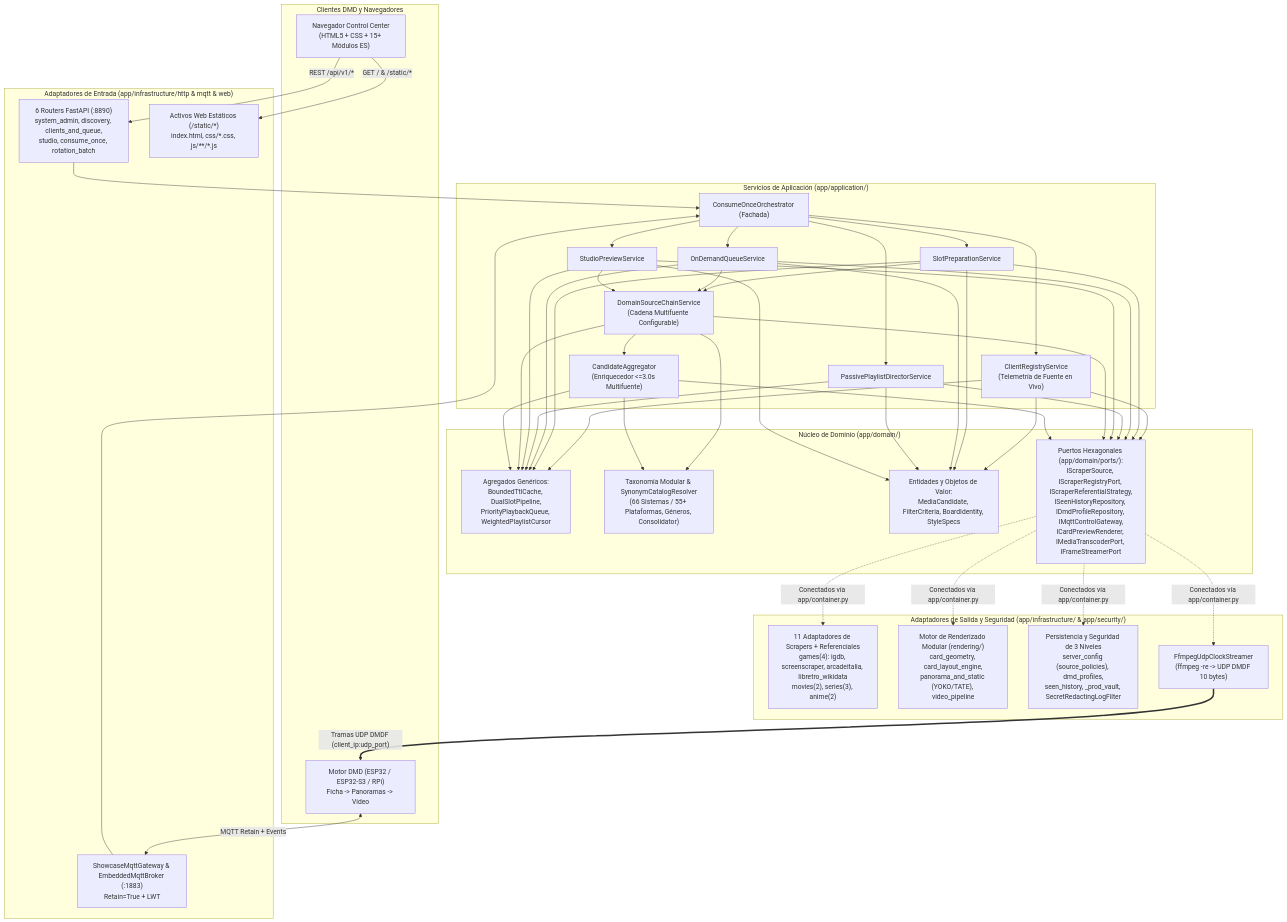
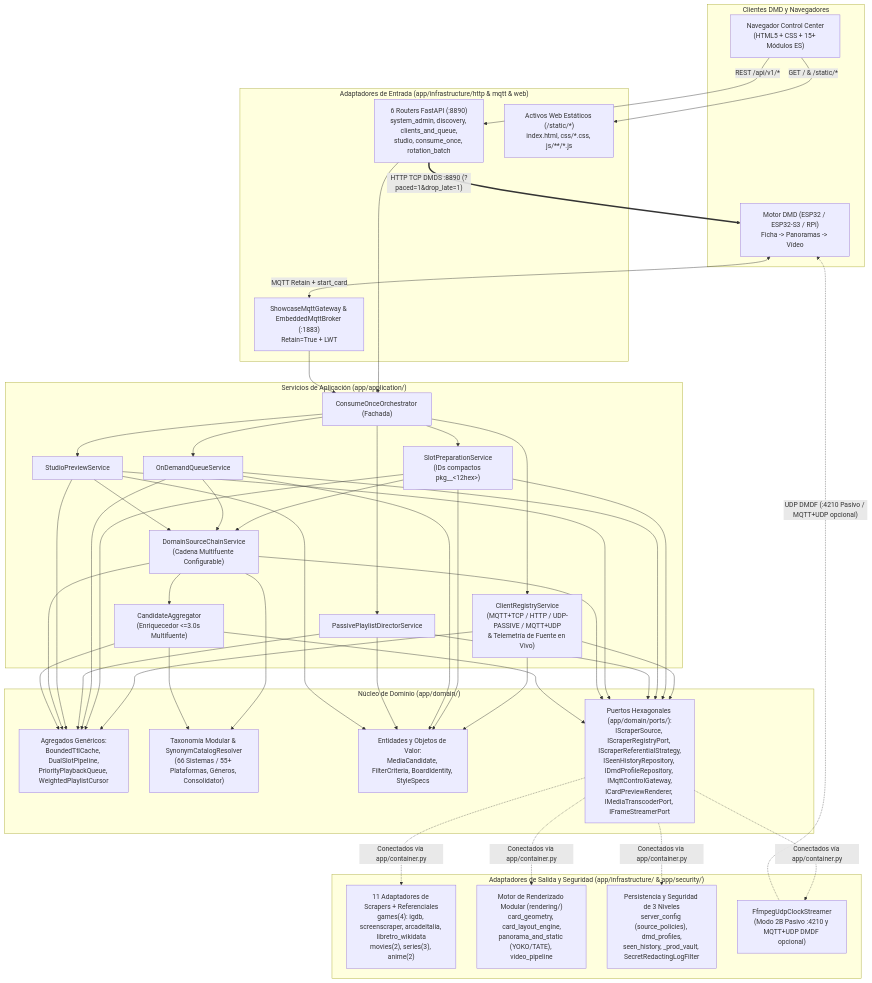
One commit to red77290/dmd_media_showcase changed the first of 2 diagrams in docs/ARCHITECTURE_ES.md. Above: the diagram before and after it, drawn with Mermaid. The commit also changed other lines of this file and 26 other files, not shown here.

First line of the commit message:
feat(stream): align default ESP32 transport on MQTT+TCP DMDS and compact item_id

````diff
--- a/docs/ARCHITECTURE_ES.md
+++ b/docs/ARCHITECTURE_ES.md
@@ -18,51 +18,52 @@
 ```mermaid
 flowchart TD
     subgraph DMD["Clientes DMD y Navegadores"]
         BROWSER["Navegador Control Center\n(HTML5 + CSS + 15+ Módulos ES)"]
         ENG["Motor DMD (ESP32 / ESP32-S3 / RPi)\nFicha -> Panoramas -> Vídeo"]
     end
 
     subgraph INFRA_IN["Adaptadores de Entrada (app/infrastructure/http & mqtt & web)"]
         ROUTERS["6 Routers FastAPI (:8890)\nsystem_admin, discovery, clients_and_queue,\nstudio, consume_once, rotation_batch"]
         STATIC["Activos Web Estáticos (/static/*)\nindex.html, css/*.css, js/**/*.js"]
         MQTT["ShowcaseMqttGateway & EmbeddedMqttBroker (:1883)\nRetain=True + LWT"]
     end
 
     subgraph APP["Servicios de Aplicación (app/application/)"]
         ORCH["ConsumeOnceOrchestrator (Fachada)"]
-        REG_SVC["ClientRegistryService\n(Telemetría de Fuente en Vivo)"]
-        PREP_SVC["SlotPreparationService"]
+        REG_SVC["ClientRegistryService\n(MQTT+TCP / HTTP / UDP-PASSIVE / MQTT+UDP\n& Telemetría de Fuente en Vivo)"]
+        PREP_SVC["SlotPreparationService\n(IDs compactos pkg_<domain>_<12hex>)"]
         QUEUE_SVC["OnDemandQueueService"]
         DIR_SVC["PassivePlaylistDirectorService"]
         STUDIO_SVC["StudioPreviewService"]
         CHAIN["DomainSourceChainService\n(Cadena Multifuente Configurable)"]
         AGG_SVC["CandidateAggregator\n(Enriquecedor <=3.0s Multifuente)"]
     end
 
     subgraph DOMAIN["Núcleo de Dominio (app/domain/)"]
         AGG["Agregados Genéricos:\nBoundedTtlCache, DualSlotPipeline,\nPriorityPlaybackQueue, WeightedPlaylistCursor"]
         TAX["Taxonomía Modular & SynonymCatalogResolver\n(66 Sistemas / 55+ Plataformas, Géneros, Consolidator)"]
         VO["Entidades y Objetos de Valor:\nMediaCandidate, FilterCriteria, BoardIdentity, StyleSpecs"]
         PORTS["Puertos Hexagonales (app/domain/ports/):\nIScraperSource, IScraperRegistryPort, IScraperReferentialStrategy,\nISeenHistoryRepository, IDmdProfileRepository, IMqttControlGateway,\nICardPreviewRenderer, IMediaTranscoderPort, IFrameStreamerPort"]
     end
 
     subgraph INFRA_OUT["Adaptadores de Salida y Seguridad (app/infrastructure/ & app/security/)"]
         SCRAPERS["11 Adaptadores de Scrapers + Referenciales\ngames(4): igdb, screenscraper, arcadeitalia, libretro_wikidata\nmovies(2), series(3), anime(2)"]
         RENDER["Motor de Renderizado Modular (rendering/)\ncard_geometry, card_layout_engine,\npanorama_and_static (YOKO/TATE), video_pipeline"]
         PERSIST["Persistencia y Seguridad de 3 Niveles\nserver_config (source_policies), dmd_profiles,\nseen_history, _prod_vault, SecretRedactingLogFilter"]
-        UDP["FfmpegUdpClockStreamer\n(ffmpeg -re -> UDP DMDF 10 bytes)"]
+        UDP["FfmpegUdpClockStreamer\n(Modo 2B Pasivo :4210 y MQTT+UDP DMDF opcional)"]
     end
 
     BROWSER -->|"GET / & /static/*"| STATIC
     BROWSER -->|"REST /api/v1/*"| ROUTERS
-    ENG <-->|"MQTT Retain + Events"| MQTT
+    ENG <-->|"MQTT Retain + start_card"| MQTT
+    ROUTERS ==>|"HTTP TCP DMDS :8890 (?paced=1&drop_late=1)"| ENG
     ROUTERS --> ORCH
     MQTT --> ORCH
     ORCH --> REG_SVC & PREP_SVC & QUEUE_SVC & DIR_SVC & STUDIO_SVC
     PREP_SVC & QUEUE_SVC & STUDIO_SVC --> CHAIN
     CHAIN --> AGG_SVC
     REG_SVC & PREP_SVC & QUEUE_SVC & DIR_SVC & STUDIO_SVC --> AGG & VO & PORTS
     CHAIN & AGG_SVC --> TAX & AGG & PORTS
     PORTS -.->|"Conectados vía app/container.py"| SCRAPERS & RENDER & PERSIST & UDP
-    UDP ==>|"Tramas UDP DMDF (client_ip:udp_port)"| ENG
+    UDP -.->|"UDP DMDF (:4210 Pasivo / MQTT+UDP opcional)"| ENG
 ```
````
